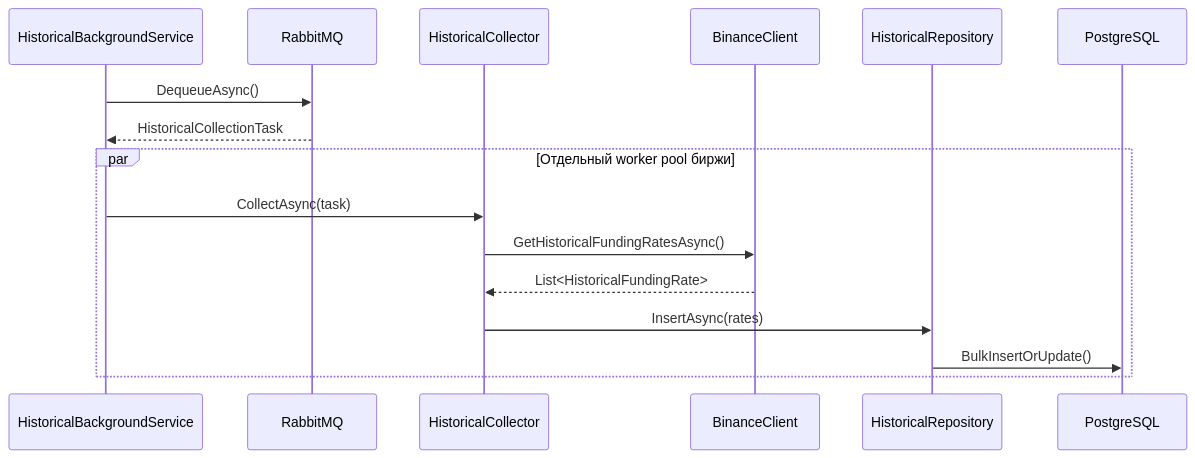
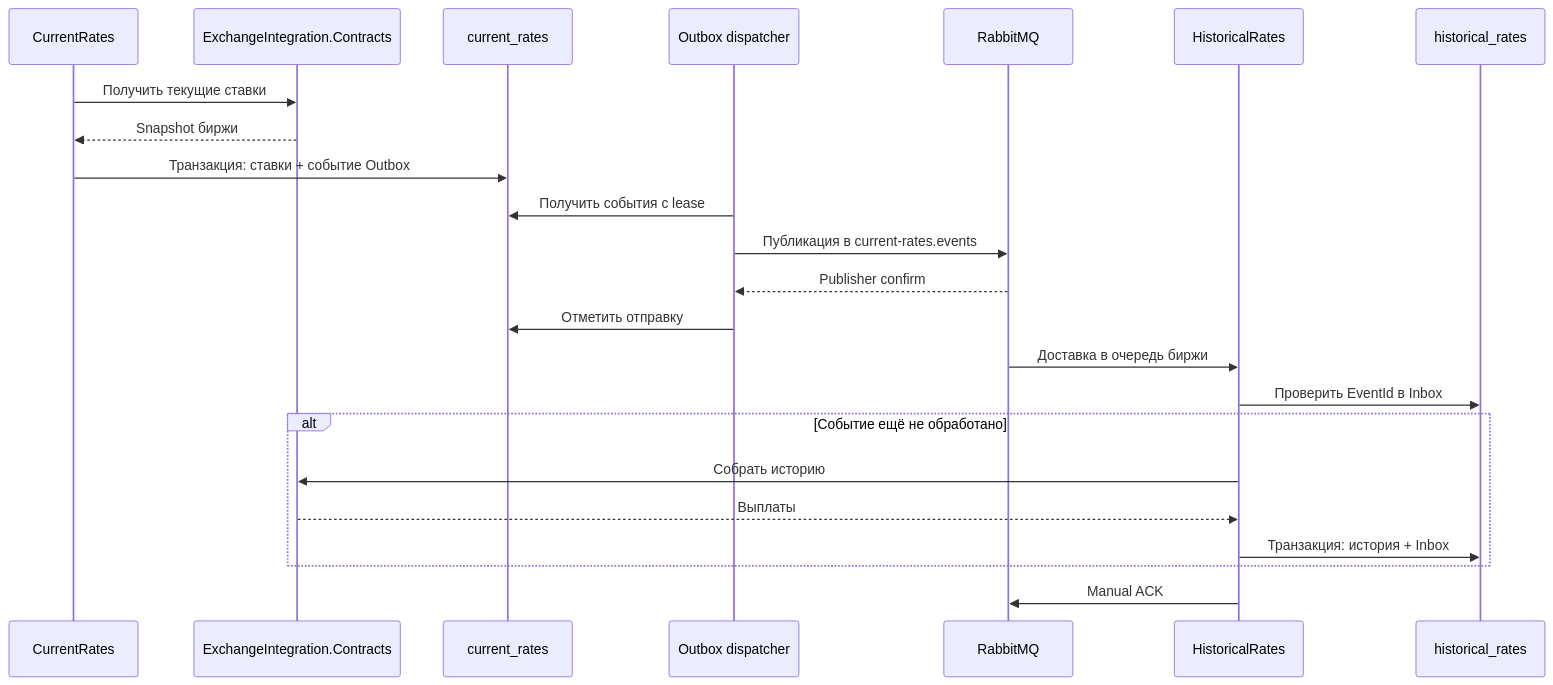
The first of 3 diagrams in docs/architecture/USE_CASE_DIAGRAM.md (Grigory50012/FundingMonitor), drawn with Mermaid before and after one commit. The commit also changed other lines of this file and 150 other files, not shown here.

````diff
--- a/docs/architecture/USE_CASE_DIAGRAM.md
+++ b/docs/architecture/USE_CASE_DIAGRAM.md
@@ -149,20 +15,25 @@
 ```mermaid
 sequenceDiagram
-    participant BS as HistoricalBackgroundService
+    participant C as CurrentRates
+    participant E as ExchangeIntegration.Contracts
+    participant DB as current_rates
+    participant O as Outbox dispatcher
     participant Q as RabbitMQ
-    participant H as HistoricalCollector
-    participant B as BinanceClient
-    participant DB as HistoricalRepository
-    participant PG as PostgreSQL
-
-    BS->>Q: DequeueAsync()
-    Q-->>BS: HistoricalCollectionTask
-
-    par Отдельный worker pool биржи
-        BS->>H: CollectAsync(task)
-        H->>B: GetHistoricalFundingRatesAsync()
-        B-->>H: List<HistoricalFundingRate>
-        H->>DB: InsertAsync(rates)
-        DB->>PG: BulkInsertOrUpdate()
+    participant H as HistoricalRates
+    participant HD as historical_rates
+    C->>E: Получить текущие ставки
+    E-->>C: Snapshot биржи
+    C->>DB: Транзакция: ставки + событие Outbox
+    O->>DB: Получить события с lease
+    O->>Q: Публикация в current-rates.events
+    Q-->>O: Publisher confirm
+    O->>DB: Отметить отправку
+    Q->>H: Доставка в очередь биржи
+    H->>HD: Проверить EventId в Inbox
+    alt Событие ещё не обработано
+        H->>E: Собрать историю
+        E-->>H: Выплаты
+        H->>HD: Транзакция: история + Inbox
     end
+    H->>Q: Manual ACK
 ```
````
